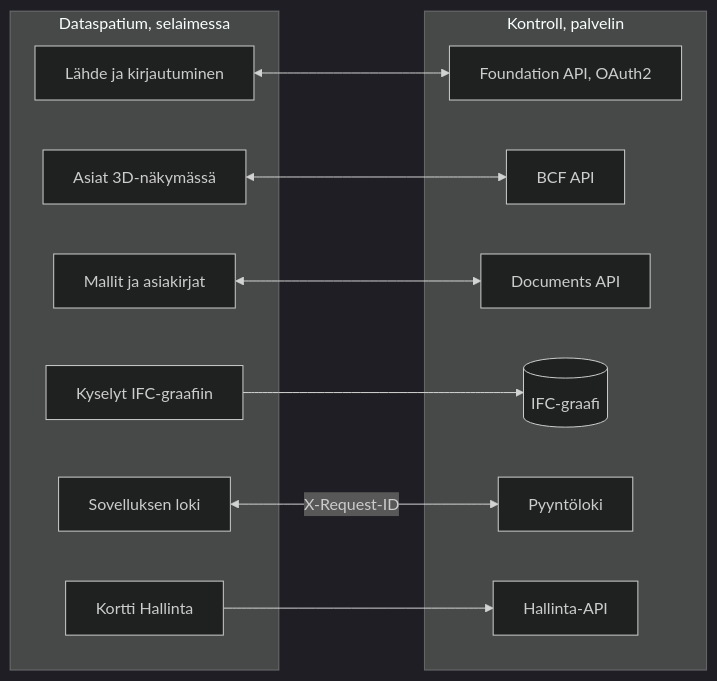
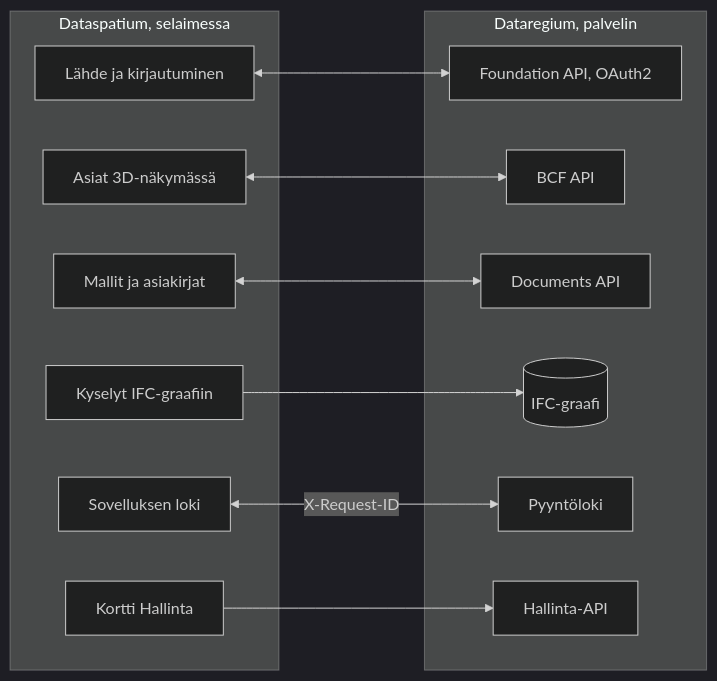
The diagram in docs/fi/README.md (marwiss/Kontroll), drawn with Mermaid (dark theme) before and after one commit. The commit also changed other lines of this file and 116 other files, not shown here.

First line of the commit message:
Rename Kontroll to Dataregium

````diff
--- a/docs/fi/README.md
+++ b/docs/fi/README.md
@@ -220,25 +220,25 @@
 ```mermaid
 flowchart LR
     subgraph app ["Dataspatium, selaimessa"]
         source["Lähde ja kirjautuminen"]
         issues["Asiat 3D-näkymässä"]
         files["Mallit ja asiakirjat"]
         queries["Kyselyt IFC-graafiin"]
         log["Sovelluksen loki"]
         admin["Kortti Hallinta"]
     end
-    subgraph server ["Kontroll, palvelin"]
+    subgraph server ["Dataregium, palvelin"]
         foundation["Foundation API, OAuth2"]
         bcf["BCF API"]
         documents["Documents API"]
         ifcgraph[("IFC-graafi")]
         requests["Pyyntöloki"]
         adminapi["Hallinta-API"]
     end
     source <--> foundation
     issues <--> bcf
     files <--> documents
     queries --> ifcgraph
     log <-- "X-Request-ID" --> requests
     admin --> adminapi
 ```
````
